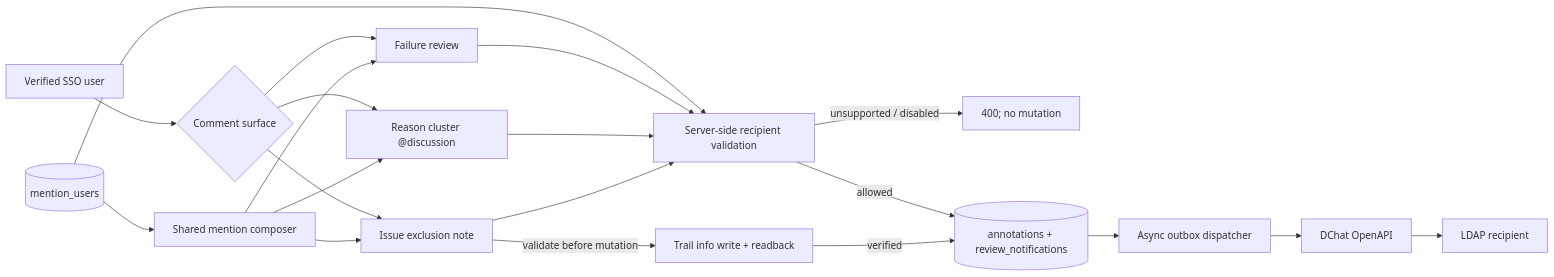
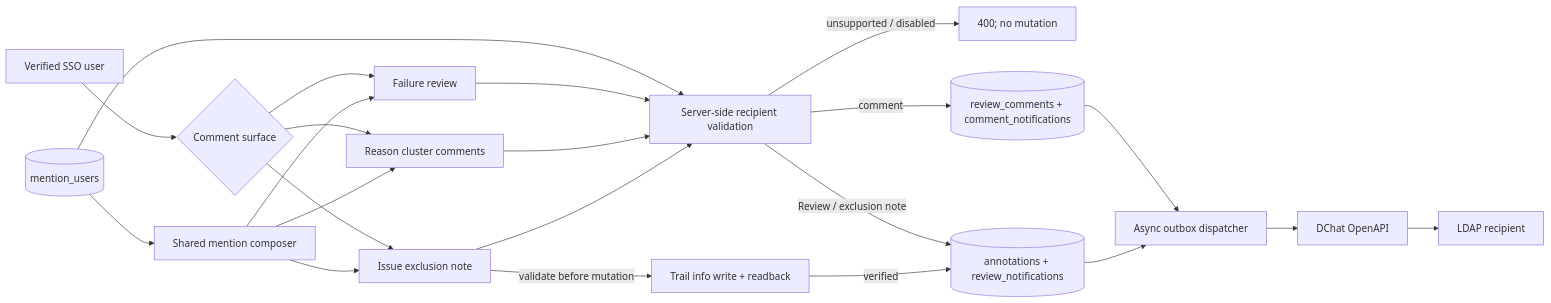
One commit to Jh271441/ra_tools changed the diagram in ra_triage_dashboard/docs/dchat-mention-architecture.md. Above: the diagram before and after it, drawn with Mermaid. The commit also changed other lines of this file and 18 other files, not shown here.

Commit message:
feat(dashboard): add persisted review comments

````diff
--- a/ra_triage_dashboard/docs/dchat-mention-architecture.md
+++ b/ra_triage_dashboard/docs/dchat-mention-architecture.md
@@ -3,22 +3,24 @@
 ```mermaid
 flowchart LR
   U[Verified SSO user] --> F{Comment surface}
   F --> R[Failure review]
-  F --> A[Reason cluster @discussion]
+  F --> A[Reason cluster comments]
   F --> T[Issue exclusion note]
   D[(mention_users)] --> C[Shared mention composer]
   D --> V[Server-side recipient validation]
   C --> R
   C --> A
   C --> T
   R --> V
   A --> V
   T --> V
   V -->|unsupported / disabled| X[400; no mutation]
-  V -->|allowed| N[(annotations + review_notifications)]
+  V -->|comment| CDB[(review_comments + comment_notifications)]
+  V -->|Review / exclusion note| N[(annotations + review_notifications)]
   T -->|validate before mutation| W[Trail info write + readback]
   W -->|verified| N
-  N --> Q[Async outbox dispatcher]
+  CDB --> Q[Async outbox dispatcher]
+  N --> Q
   Q --> O[DChat OpenAPI]
   O --> P[LDAP recipient]
 ```
````
